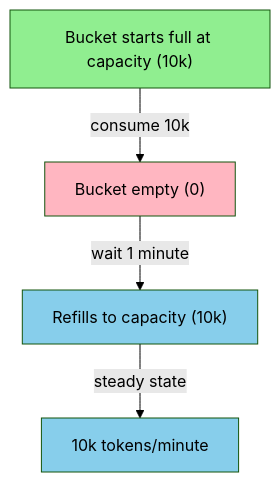
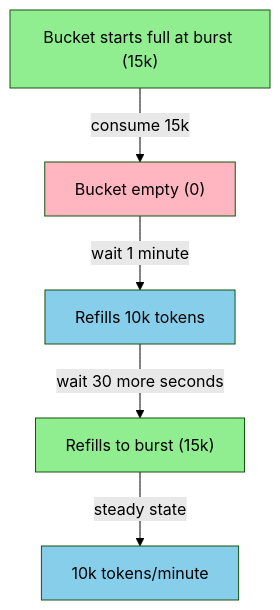
Before and after one commit to zeroae/zae-limiter: the second of 3 diagrams in docs/guide/token-bucket.md, drawn with Mermaid (forest theme). The commit also changed other lines of this file and 7 other files, not shown here.

````diff
--- a/docs/guide/token-bucket.md
+++ b/docs/guide/token-bucket.md
@@ -56,12 +59,14 @@
 ```mermaid
 graph TD
-    A["Bucket starts full at capacity (10k)"]
-    A -->|"consume 10k"| B["Bucket empty (0)"]
-    B -->|"wait 1 minute"| C["Refills to capacity (10k)"]
-    C -->|"steady state"| D["10k tokens/minute"]
+    A["Bucket starts full at burst (15k)"]
+    A -->|"consume 15k"| B["Bucket empty (0)"]
+    B -->|"wait 1 minute"| C["Refills 10k tokens"]
+    C -->|"wait 30 more seconds"| D["Refills to burst (15k)"]
+    D -->|"steady state"| E["10k tokens/minute"]
 
     style A fill:#90EE90
     style B fill:#FFB6C1
     style C fill:#87CEEB
-    style D fill:#87CEEB
+    style D fill:#90EE90
+    style E fill:#87CEEB
 ```
````
